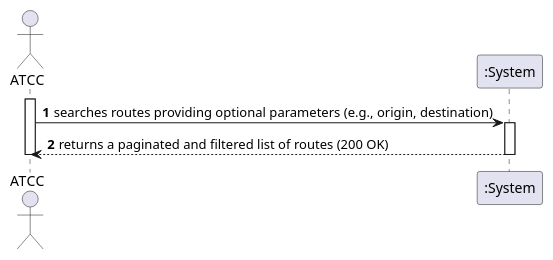
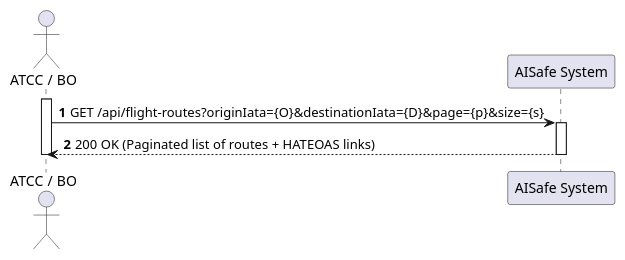
One commit to Andre-1240567/psoft2026_2DB_1240567_1241013_1240624 changed the diagram in docs/use-cases/WP#3A/US114/puml/US114-SSD.puml. Above: the diagram before and after it, drawn with PlantUML. The commit also changed 43 other files, not shown here.

```diff
--- a/docs/use-cases/WP#3A/US114/puml/US114-SSD.puml
+++ b/docs/use-cases/WP#3A/US114/puml/US114-SSD.puml
@@ -1,12 +1,12 @@
-@startuml
+@startuml US114-SSD
 autonumber
-actor "ATCC" as Actor
-participant ":System" as System
+actor "ATCC / BO" as Actor
+participant "AISafe System" as System
 
 activate Actor
-Actor -> System: searches routes providing optional parameters (e.g., origin, destination)
+Actor -> System: GET /api/flight-routes?originIata={O}&destinationIata={D}&page={p}&size={s}
 activate System
-System --> Actor: returns a paginated and filtered list of routes (200 OK)
+System --> Actor: 200 OK (Paginated list of routes + HATEOAS links)
 deactivate System
 deactivate Actor
 @enduml
```
